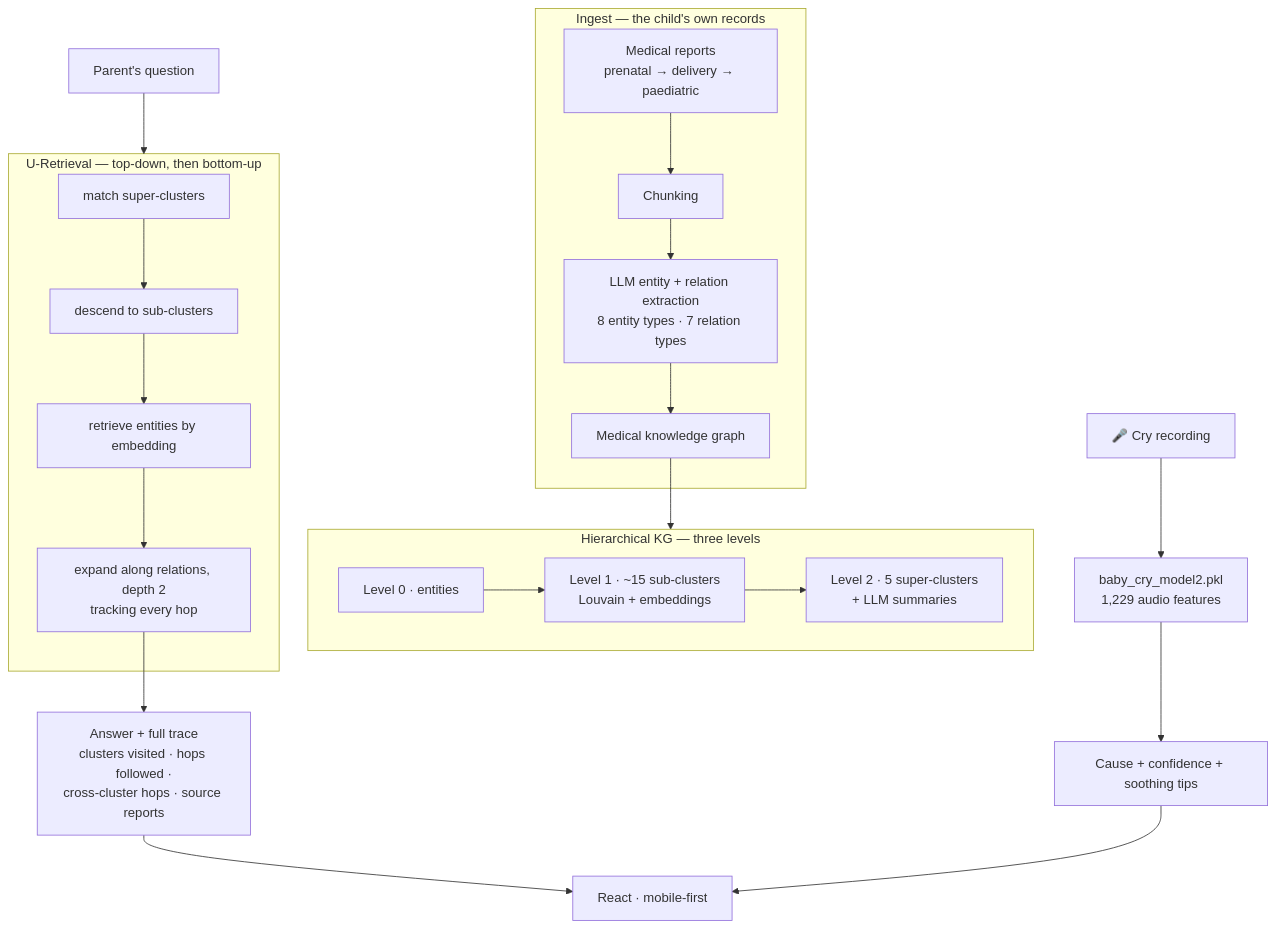
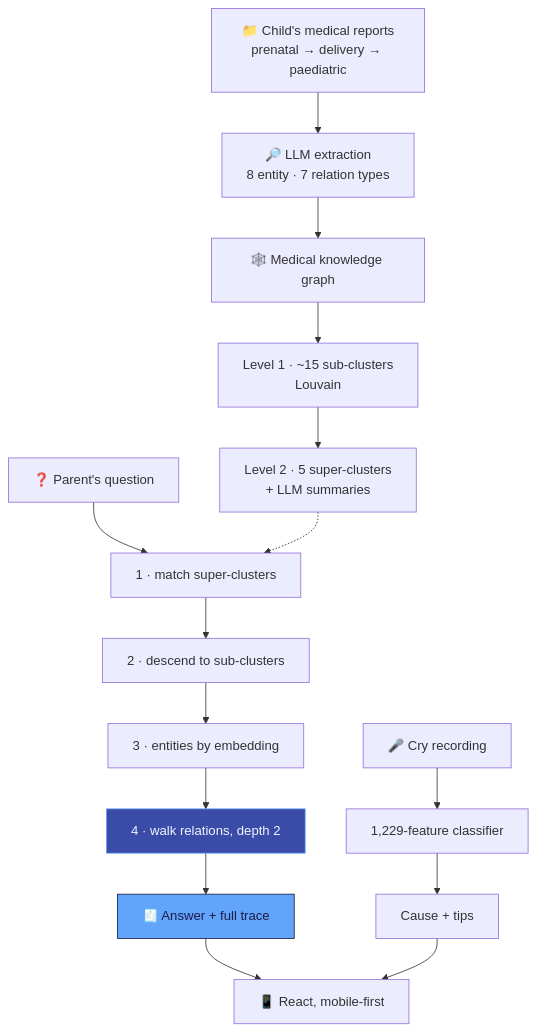
One commit to Vishal-AS-0407/portfolio changed the diagram in gh-readmes/Vatsal-AI/README.md. Above: the diagram before and after it, drawn with Mermaid. The commit also changed other lines of this file and 62 other files, not shown here.

````diff
--- a/gh-readmes/Vatsal-AI/README.md
+++ b/gh-readmes/Vatsal-AI/README.md
@@ -41,35 +94,18 @@
 ```mermaid
-flowchart TB
-    subgraph ING["Ingest — the child's own records"]
-        R["Medical reports<br/>prenatal → delivery → paediatric"]
-        R --> CH["Chunking"]
-        CH --> EX["LLM entity + relation extraction<br/>8 entity types · 7 relation types"]
-        EX --> KG["Medical knowledge graph"]
-    end
-
-    KG --> H
-
-    subgraph H["Hierarchical KG — three levels"]
-        L0["Level 0 · entities"]
-        L1["Level 1 · ~15 sub-clusters<br/>Louvain + embeddings"]
-        L2["Level 2 · 5 super-clusters<br/>+ LLM summaries"]
-        L0 --> L1 --> L2
-    end
-
-    Q["Parent's question"] --> UR
-
-    subgraph UR["U-Retrieval — top-down, then bottom-up"]
-        S1["match super-clusters"]
-        S2["descend to sub-clusters"]
-        S3["retrieve entities by embedding"]
-        S4["expand along relations, depth 2<br/>tracking every hop"]
-        S1 --> S2 --> S3 --> S4
-    end
-
-    S4 --> ANS["Answer + full trace<br/>clusters visited · hops followed ·<br/>cross-cluster hops · source reports"]
-
-    AUD["🎤 Cry recording"] --> CRY["baby_cry_model2.pkl<br/>1,229 audio features"]
-    CRY --> TIP["Cause + confidence + soothing tips"]
-
-    ANS & TIP --> UI["React · mobile-first"]
+flowchart TD
+    R["📁 Child's medical reports<br/>prenatal → delivery → paediatric"] --> EX["🔎 LLM extraction<br/>8 entity · 7 relation types"]
+    EX --> KG["🕸️ Medical knowledge graph"]
+    KG --> L1["Level 1 · ~15 sub-clusters<br/>Louvain"]
+    L1 --> L2["Level 2 · 5 super-clusters<br/>+ LLM summaries"]
+    Q["❓ Parent's question"] --> S1["1 · match super-clusters"]
+    L2 -.-> S1
+    S1 --> S2["2 · descend to sub-clusters"]
+    S2 --> S3["3 · entities by embedding"]
+    S3 --> S4["4 · walk relations, depth 2"]
+    S4 --> ANS["🧾 Answer + full trace"]
+    AUD["🎤 Cry recording"] --> CRY["1,229-feature classifier"] --> TIP["Cause + tips"]
+    ANS --> UI["📱 React, mobile-first"]
+    TIP --> UI
+    style S4 fill:#3B4BA8,stroke:#60A5FA,color:#EFF6FF
+    style ANS fill:#60A5FA,stroke:#1E1B4B,color:#1E1B4B
 ```
````
